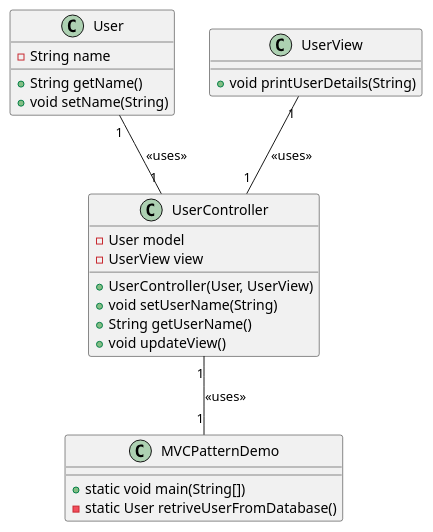
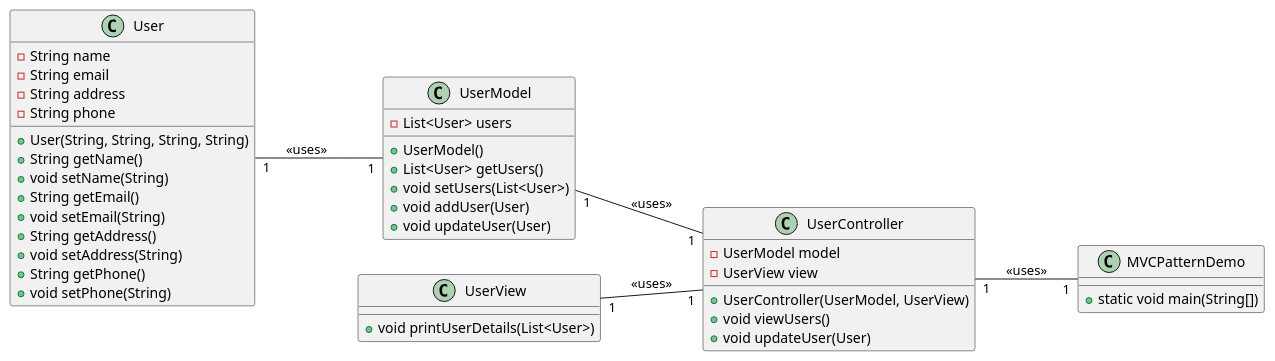
One commit to majidrouhani/idatt2003-gui-l8 changed the diagram in src/main/java/edu/ntnu/idatt2003/mvc/basic/mvc_pattern_demo.puml. Above: the diagram before and after it, drawn with PlantUML. The commit also changed 5 other files, not shown here.

```diff
--- a/src/main/java/edu/ntnu/idatt2003/mvc/basic/mvc_pattern_demo.puml
+++ b/src/main/java/edu/ntnu/idatt2003/mvc/basic/mvc_pattern_demo.puml
@@ -1,29 +1,50 @@
 @startuml
+
+left to right direction
+
 class User {
   -String name
+  -String email
+  -String address
+  -String phone
+  +User(String, String, String, String)
   +String getName()
   +void setName(String)
+  +String getEmail()
+  +void setEmail(String)
+  +String getAddress()
+  +void setAddress(String)
+  +String getPhone()
+  +void setPhone(String)
+}
+
+class UserModel {
+  -List<User> users
+  +UserModel()
+  +List<User> getUsers()
+  +void setUsers(List<User>)
+  +void addUser(User)
+  +void updateUser(User)
 }
 
 class UserView {
-  +void printUserDetails(String)
+  +void printUserDetails(List<User>)
 }
 
 class UserController {
-  -User model
+  -UserModel model
   -UserView view
-  +UserController(User, UserView)
-  +void setUserName(String)
-  +String getUserName()
-  +void updateView()
+  +UserController(UserModel, UserView)
+  +void viewUsers()
+  +void updateUser(User)
 }
 
 class MVCPatternDemo {
   +static void main(String[])
-  -static User retriveUserFromDatabase()
 }
 
-User "1" -- "1" UserController : <<uses>>
+User "1" -- "1" UserModel : <<uses>>
+UserModel "1" -- "1" UserController : <<uses>>
 UserView "1" -- "1" UserController : <<uses>>
 UserController "1" -- "1" MVCPatternDemo : <<uses>>
 @enduml
```
